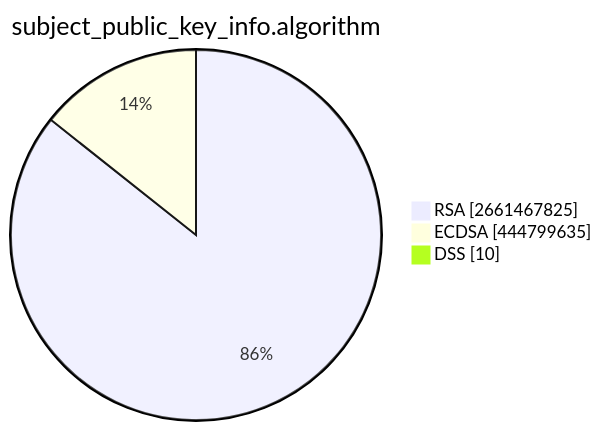
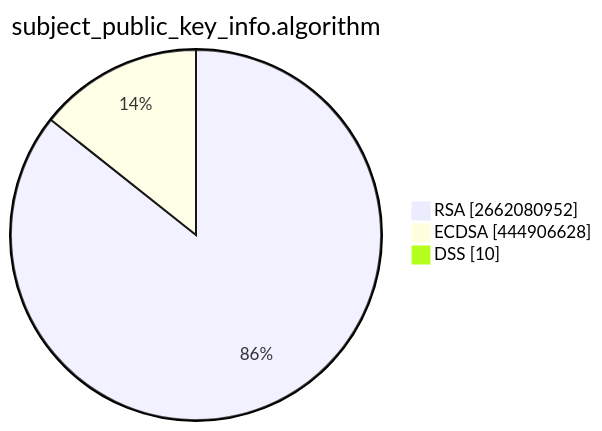
The second of 15 diagrams in TOTAL/README.md (christiankrug/ctmonitor_visualization), drawn with Mermaid before and after one commit. The commit also changed other lines of this file, not shown here.

````diff
--- a/TOTAL/README.md
+++ b/TOTAL/README.md
@@ -6,7 +6,7 @@
 ```mermaid
 pie showData
 title subject_public_key_info.algorithm
-"RSA" :2661467825
-"ECDSA" :444799635
+"RSA" :2662080952
+"ECDSA" :444906628
 "DSS" :10
 ```
````
